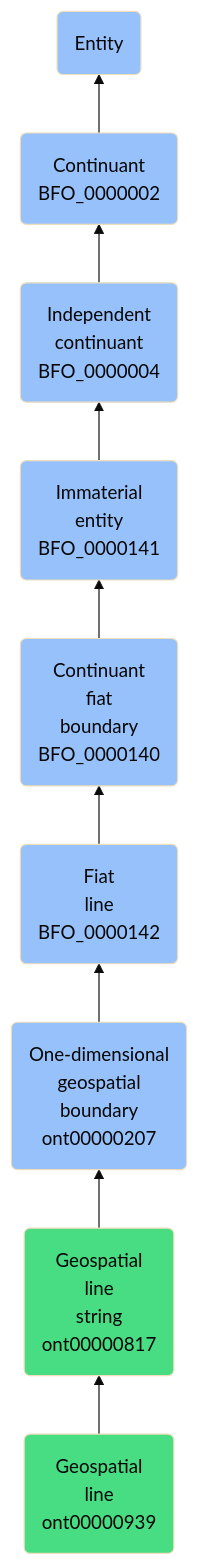
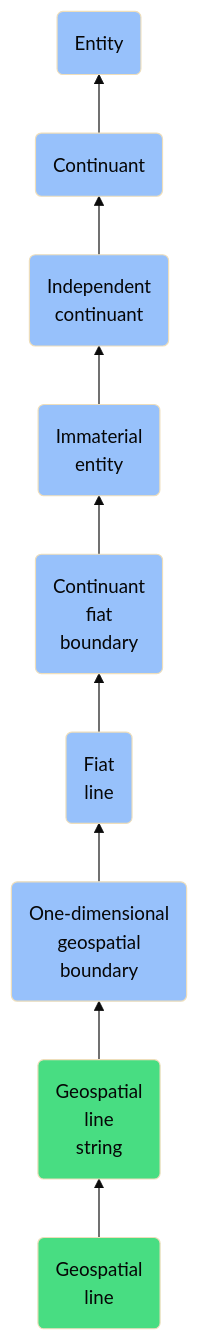
The diagram in docs/ontology/reference/model/Entity/Continuant/Independent continuant/Immaterial entity/Continuant fiat boundary/Fiat line/One-dimensional geospatial boundary/Geospatial line string/Geospatial line/Geospatial line.md (jupyter-naas/abi), drawn with Mermaid (base theme) before and after one commit. The commit also changed other lines of this file and 1430 other files, not shown here.

````diff
--- a/docs/ontology/reference/model/Entity/Continuant/Independent continuant/Immaterial entity/Continuant fiat boundary/Fiat line/One-dimensional geospatial boundary/Geospatial line string/Geospatial line/Geospatial line.md
+++ b/docs/ontology/reference/model/Entity/Continuant/Independent continuant/Immaterial entity/Continuant fiat boundary/Fiat line/One-dimensional geospatial boundary/Geospatial line string/Geospatial line/Geospatial line.md
@@ -24,16 +24,16 @@
 ```mermaid
 graph BT
-    ont00000939(Geospatial<br>line<br>ont00000939):::ABI-->ont00000817
-    ont00000817(Geospatial<br>line<br>string<br>ont00000817):::ABI-->ont00000207
-    ont00000207(One-dimensional<br>geospatial<br>boundary<br>ont00000207):::BFO-->BFO_0000142
-    BFO_0000142(Fiat<br>line<br>BFO_0000142):::BFO-->BFO_0000140
-    BFO_0000140(Continuant<br>fiat<br>boundary<br>BFO_0000140):::BFO-->BFO_0000141
-    BFO_0000141(Immaterial<br>entity<br>BFO_0000141):::BFO-->BFO_0000004
-    BFO_0000004(Independent<br>continuant<br>BFO_0000004):::BFO-->BFO_0000002
-    BFO_0000002(Continuant<br>BFO_0000002):::BFO-->BFO_0000001
+    ont00000939(Geospatial<br>line):::ABI-->ont00000817
+    ont00000817(Geospatial<br>line<br>string):::ABI-->ont00000207
+    ont00000207(One-dimensional<br>geospatial<br>boundary):::BFO-->BFO_0000142
+    BFO_0000142(Fiat<br>line):::BFO-->BFO_0000140
+    BFO_0000140(Continuant<br>fiat<br>boundary):::BFO-->BFO_0000141
+    BFO_0000141(Immaterial<br>entity):::BFO-->BFO_0000004
+    BFO_0000004(Independent<br>continuant):::BFO-->BFO_0000002
+    BFO_0000002(Continuant):::BFO-->BFO_0000001
     BFO_0000001(Entity):::BFO
     
     classDef BFO fill:#97c1fb,color:#060606
     classDef CCO fill:#e4c51e,color:#060606
     classDef ABI fill:#48DD82,color:#060606
 ```
````
